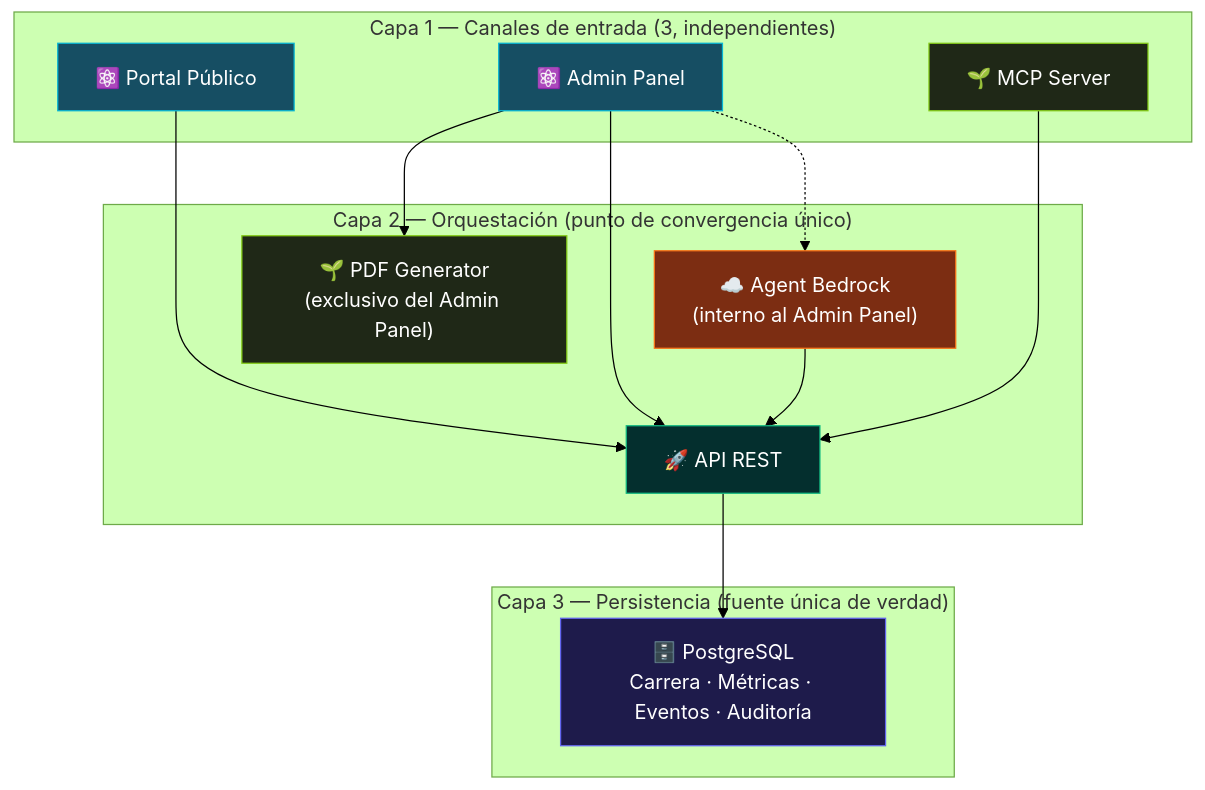
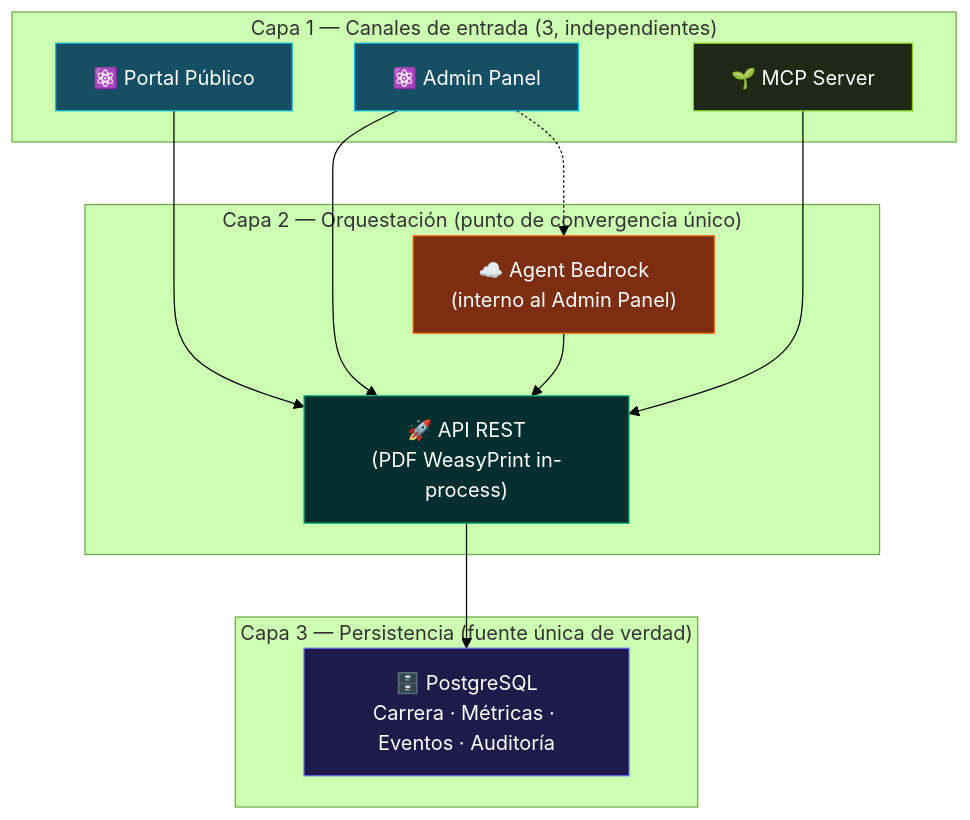
The diagram in docs/04-SOLUTION-STRATEGY.md (cjhirashi/cjhirashi-career), drawn with Mermaid (forest theme) before and after one commit. The commit also changed other lines of this file and 208 other files, not shown here.

````diff
--- a/docs/04-SOLUTION-STRATEGY.md
+++ b/docs/04-SOLUTION-STRATEGY.md
@@ -87,41 +87,38 @@
 ```mermaid
 graph TB
     classDef client fill:#1e293b,stroke:#cbd5e1,color:#fff
     classDef react fill:#164e63,stroke:#06b6d4,color:#fff
     classDef nodejs fill:#042f2e,stroke:#10b981,color:#fff
     classDef utility fill:#1f2817,stroke:#84cc16,color:#fff
     classDef s3 fill:#7c2d12,stroke:#f97316,color:#fff
     classDef postgres fill:#1e1b4b,stroke:#6366f1,color:#fff
 
     subgraph Capa1["Capa 1 — Canales de entrada (3, independientes)"]
         Portal["⚛️ Portal Público"]
         Admin["⚛️ Admin Panel"]
         MCP["🌱 MCP Server"]
     end
 
     subgraph Capa2["Capa 2 — Orquestación (punto de convergencia único)"]
-        API["🚀 API REST"]
+        API["🚀 API REST<br/>(PDF WeasyPrint in-process)"]
         Bedrock["☁️ Agent Bedrock<br/>(interno al Admin Panel)"]
-        PDF["🌱 PDF Generator<br/>(exclusivo del Admin Panel)"]
     end
 
     subgraph Capa3["Capa 3 — Persistencia (fuente única de verdad)"]
         DB["🗄️ PostgreSQL<br/>Carrera · Métricas · Eventos · Auditoría"]
     end
 
     Portal --> API
     Admin --> API
     Admin -.-> Bedrock
     Bedrock --> API
-    Admin --> PDF
     MCP --> API
     API --> DB
 
     class Portal react
     class Admin react
     class MCP utility
     class API nodejs
     class Bedrock s3
-    class PDF utility
     class DB postgres
 ```
````
